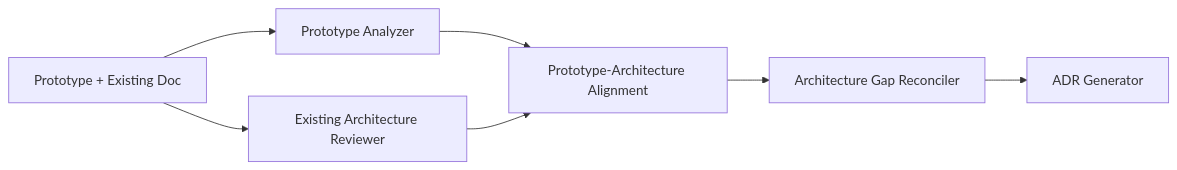
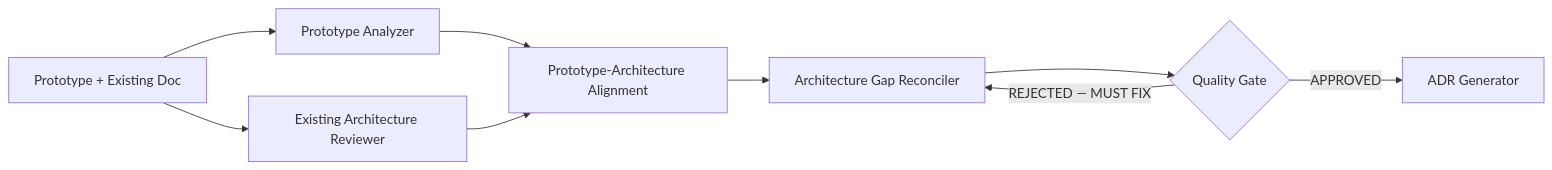
The second of 5 diagrams in README.md (GridCreative-CS/ai-architecture-toolkit), drawn with Mermaid before and after one commit. The commit also changed other lines of this file and 34 other files, not shown here.

First line of the commit message:
feat: Implement architecture-final quality gate process

````diff
--- a/README.md
+++ b/README.md
@@ -112,9 +115,11 @@
 ```mermaid
 flowchart LR
     A[Prototype + Existing Doc] --> B[Prototype Analyzer]
     A --> C[Existing Architecture Reviewer]
     B --> D[Prototype-Architecture Alignment]
     C --> D
     D --> E[Architecture Gap Reconciler]
-    E --> F[ADR Generator]
+    E --> Q{Quality Gate}
+    Q -- REJECTED — MUST FIX --> E
+    Q -- APPROVED --> F[ADR Generator]
 ```
````
